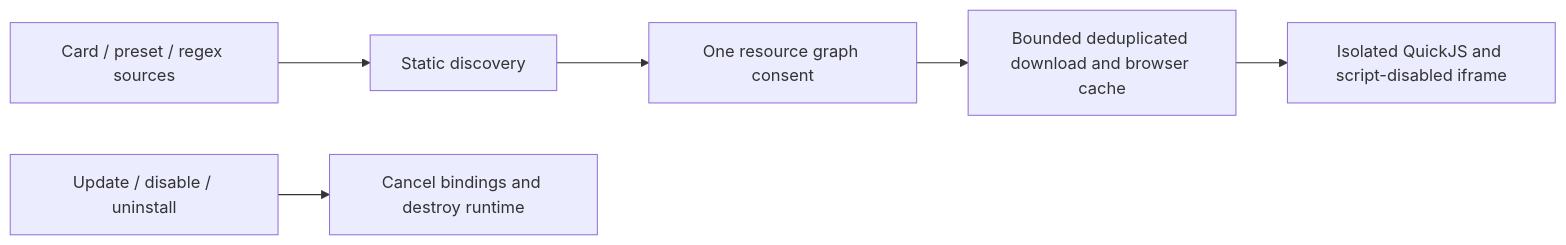
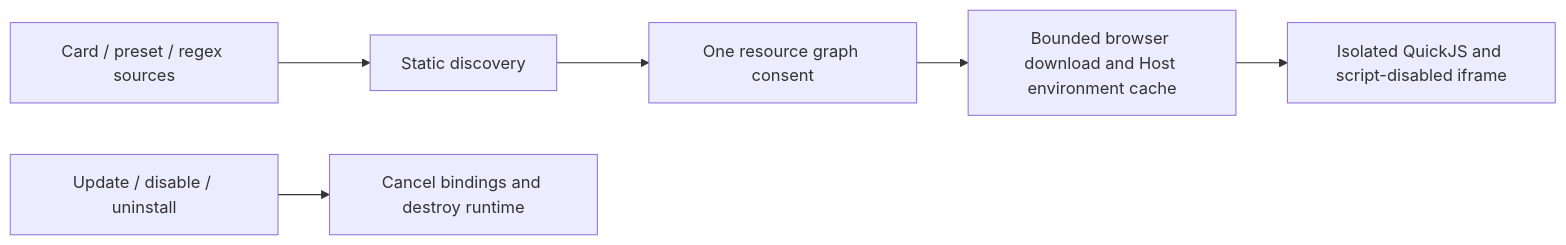
Before and after one commit to Player-MINEPIG/dsh-tavern: the third of 3 diagrams in docs/CONVERSATION_PRESENTATION_en.md, drawn with Mermaid. The commit also changed other lines of this file and 22 other files, not shown here.

````diff
--- a/docs/CONVERSATION_PRESENTATION_en.md
+++ b/docs/CONVERSATION_PRESENTATION_en.md
@@ -194,8 +194,8 @@
 ```mermaid
 flowchart LR
   A[Card / preset / regex sources] --> B[Static discovery]
   B --> C[One resource graph consent]
-  C --> D[Bounded deduplicated download and browser cache]
+  C --> D[Bounded browser download and Host environment cache]
   D --> E[Isolated QuickJS and script-disabled iframe]
   F[Update / disable / uninstall] --> G[Cancel bindings and destroy runtime]
 ```
````
